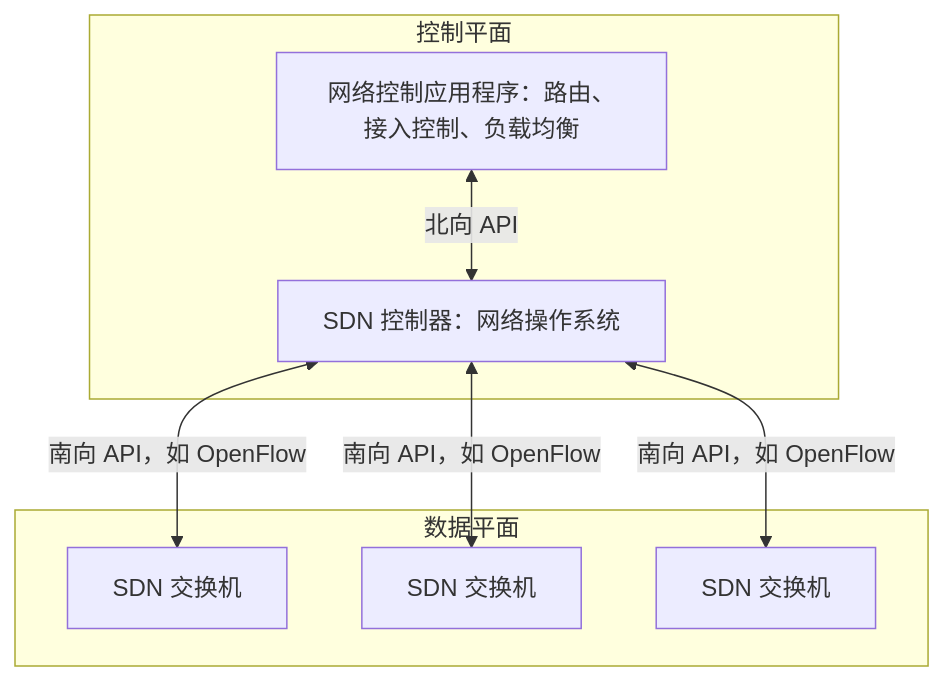
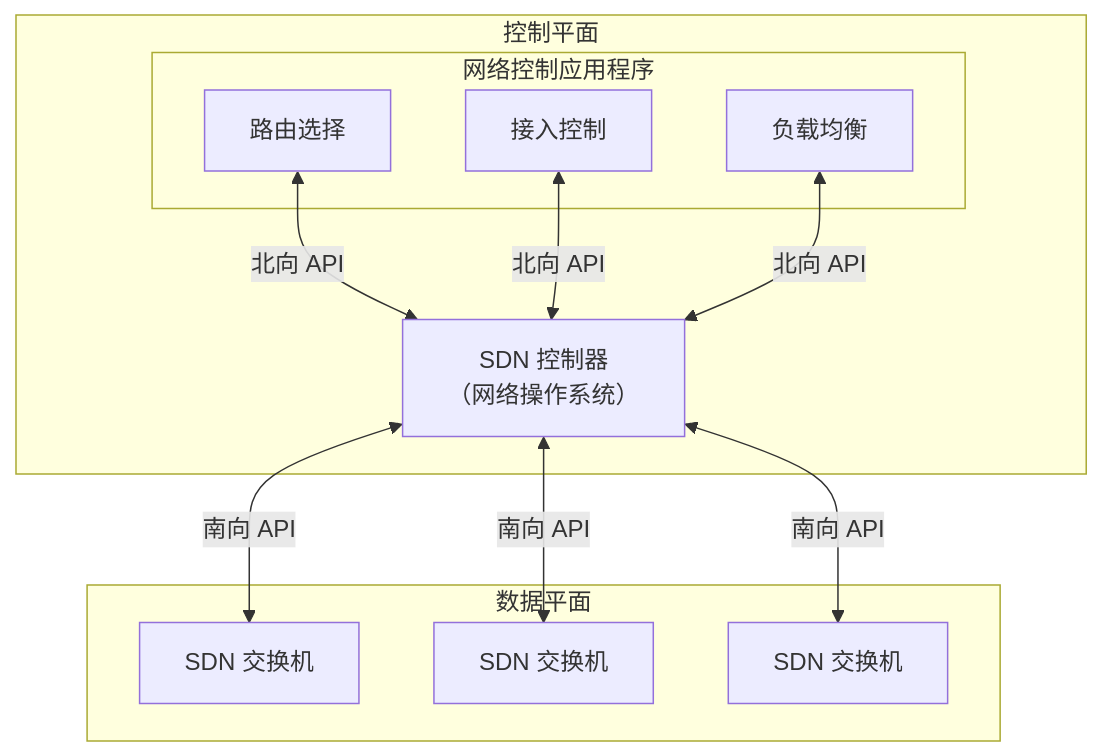
One commit to Meer-Matze/Meer-Matze.github.io changed the ninth of 11 diagrams in src/content/posts/网络层：控制平面.md. Above: the diagram before and after it, drawn with Mermaid. The commit also changed other lines of this file, not shown here.

````diff
--- a/src/content/posts/网络层：控制平面.md
+++ b/src/content/posts/网络层：控制平面.md
@@ -640,16 +582,18 @@
 ```mermaid
 flowchart TB
     subgraph CP["控制平面"]
-        Apps["网络控制应用程序：路由、接入控制、负载均衡"]
-        Ctrl["SDN 控制器：网络操作系统"]
-        Apps <-->|"北向 API"| Ctrl
+        subgraph NCP["网络控制应用程序"]
+            App1["路由选择"]
+            App2["接入控制"]
+            App3["负载均衡 "]
+        end
+        Ctrl["SDN 控制器<br>（网络操作系统）"]
+        App1 & App2 & App3 <-->|"北向 API"| Ctrl
     end
     subgraph DP["数据平面"]
         SW1["SDN 交换机"]
         SW2["SDN 交换机"]
         SW3["SDN 交换机"]
     end
-    Ctrl <-->|"南向 API，如 OpenFlow"| SW1
-    Ctrl <-->|"南向 API，如 OpenFlow"| SW2
-    Ctrl <-->|"南向 API，如 OpenFlow"| SW3
+    Ctrl <-->|"南向 API"| SW1 & SW2 & SW3
 ```
````
